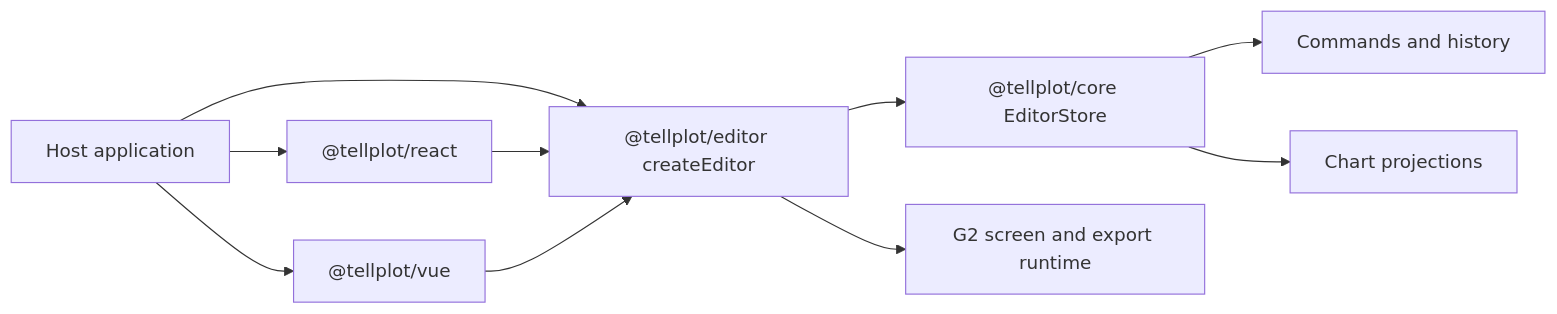
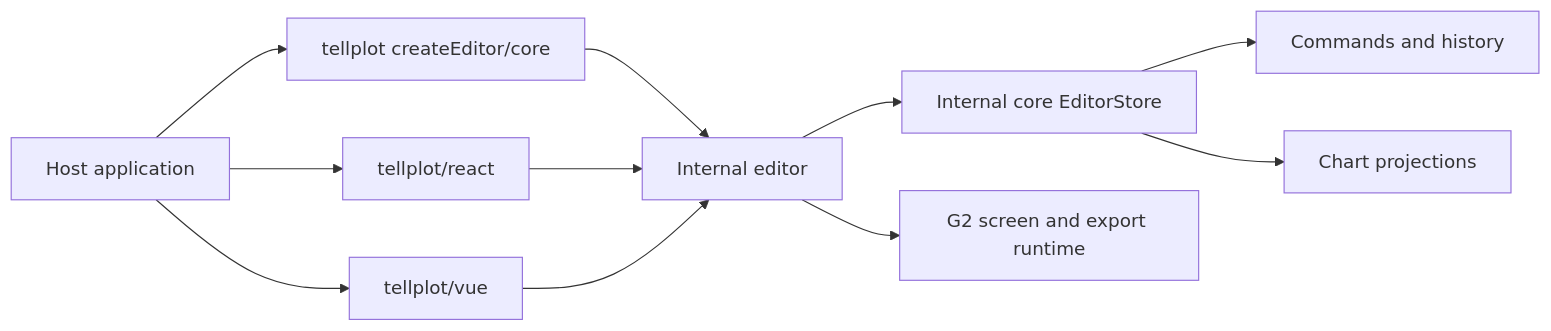
One commit to iiwish/tellplot changed the diagram in docs/architecture.md. Above: the diagram before and after it, drawn with Mermaid. The commit also changed other lines of this file and 86 other files, not shown here.

````diff
--- a/docs/architecture.md
+++ b/docs/architecture.md
@@ -5,12 +6,13 @@
 ```mermaid
 flowchart LR
-  Host["Host application"] --> React["@tellplot/react"]
-  Host --> Vue["@tellplot/vue"]
-  Host --> Editor["@tellplot/editor createEditor"]
+  Host["Host application"] --> React["tellplot/react"]
+  Host --> Vue["tellplot/vue"]
+  Host --> Public["tellplot createEditor/core"]
+  Public --> Editor["Internal editor"]
   React --> Editor
   Vue --> Editor
-  Editor --> Core["@tellplot/core EditorStore"]
+  Editor --> Core["Internal core EditorStore"]
   Core --> Commands["Commands and history"]
   Core --> Projection["Chart projections"]
   Editor --> G2["G2 screen and export runtime"]
 ```
````
